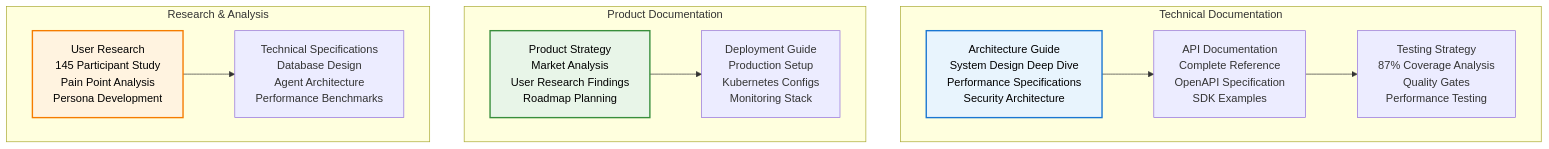
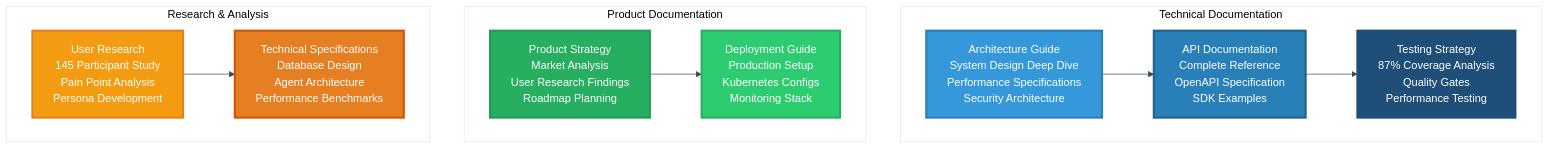
Before and after one commit to PriscillaOng12/AI-Code-Review-Squad: the tenth of 20 diagrams in README.md, drawn with Mermaid. The commit also changed other lines of this file, not shown here.

````diff
--- a/README.md
+++ b/README.md
@@ -283,27 +328,34 @@
 ```mermaid
+%%{init: {'theme': 'base', 'themeVariables': {'primaryColor': '#ffffff', 'primaryTextColor': '#2c3e50', 'primaryBorderColor': '#2c3e50', 'lineColor': '#34495e', 'secondaryColor': '#ffffff', 'tertiaryColor': '#ffffff', 'background': '#ffffff', 'mainBkg': '#ffffff', 'secondBkg': '#ffffff', 'tertiaryBkg': '#ffffff'}}}%%
 graph TB
     subgraph "Technical Documentation"
         ARCH[Architecture Guide<br/>System Design Deep Dive<br/>Performance Specifications<br/>Security Architecture]
         API[API Documentation<br/>Complete Reference<br/>OpenAPI Specification<br/>SDK Examples]
         TEST[Testing Strategy<br/>87% Coverage Analysis<br/>Quality Gates<br/>Performance Testing]
     end
     
     subgraph "Product Documentation"
         PRODUCT[Product Strategy<br/>Market Analysis<br/>User Research Findings<br/>Roadmap Planning]
         DEPLOY[Deployment Guide<br/>Production Setup<br/>Kubernetes Configs<br/>Monitoring Stack]
     end
     
     subgraph "Research & Analysis"
         RESEARCH[User Research<br/>145 Participant Study<br/>Pain Point Analysis<br/>Persona Development]
         SPECS[Technical Specifications<br/>Database Design<br/>Agent Architecture<br/>Performance Benchmarks]
     end
     
     ARCH --> API
     API --> TEST
     PRODUCT --> DEPLOY
     RESEARCH --> SPECS
     
-    style ARCH fill:#e8f4fd,stroke:#1976d2,stroke-width:2px,color:#000000
-    style PRODUCT fill:#e8f5e8,stroke:#388e3c,stroke-width:2px,color:#000000
-    style RESEARCH fill:#fff3e0,stroke:#f57c00,stroke-width:2px,color:#000000
+    style ARCH fill:#3498db,stroke:#2980b9,stroke-width:3px,color:#ffffff
+    style API fill:#2980b9,stroke:#21618c,stroke-width:3px,color:#ffffff
+    style TEST fill:#1f4e79,stroke:#1b4f72,stroke-width:3px,color:#ffffff
+    
+    style PRODUCT fill:#27ae60,stroke:#229954,stroke-width:3px,color:#ffffff
+    style DEPLOY fill:#2ecc71,stroke:#27ae60,stroke-width:3px,color:#ffffff
+    
+    style RESEARCH fill:#f39c12,stroke:#e67e22,stroke-width:3px,color:#ffffff
+    style SPECS fill:#e67e22,stroke:#d35400,stroke-width:3px,color:#ffffff
 ```
````
